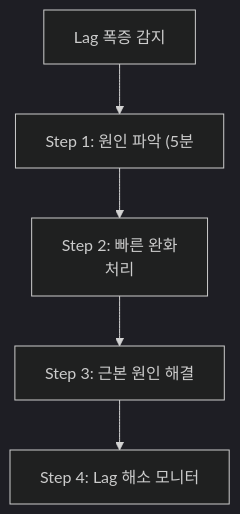
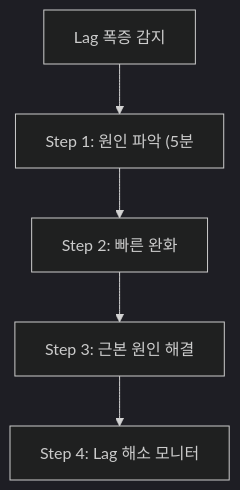
Diagram 15 of 21 in _posts/kafka/2026-05-01-kafka-extreme-scenarios.md (yjkim2015/yjkim2015.github.io), drawn with Mermaid (dark theme) before and after one commit. The commit also changed other lines of this file and 217 other files, not shown here.

First line of the commit message:
Mermaid 크기 수정: useMaxWidth:true + SVG max-width:100% + 라벨 축소

````diff
--- a/_posts/kafka/2026-05-01-kafka-extreme-scenarios.md
+++ b/_posts/kafka/2026-05-01-kafka-extreme-scenarios.md
@@ -509,9 +509,9 @@
 ```mermaid
 graph TD
     DETECT["Lag 폭증 감지"]
     S1["Step 1: 원인 파악 (5분"]
-    S2["Step 2: 빠른 완화\n처리"]
-    S3["Step 3: 근본 원인 해결\n"]
+    S2["Step 2: 빠른 완화"]
+    S3["Step 3: 근본 원인 해결"]
     S4["Step 4: Lag 해소 모니터"]
     DETECT --> S1 --> S2 --> S3 --> S4
 ```
````
